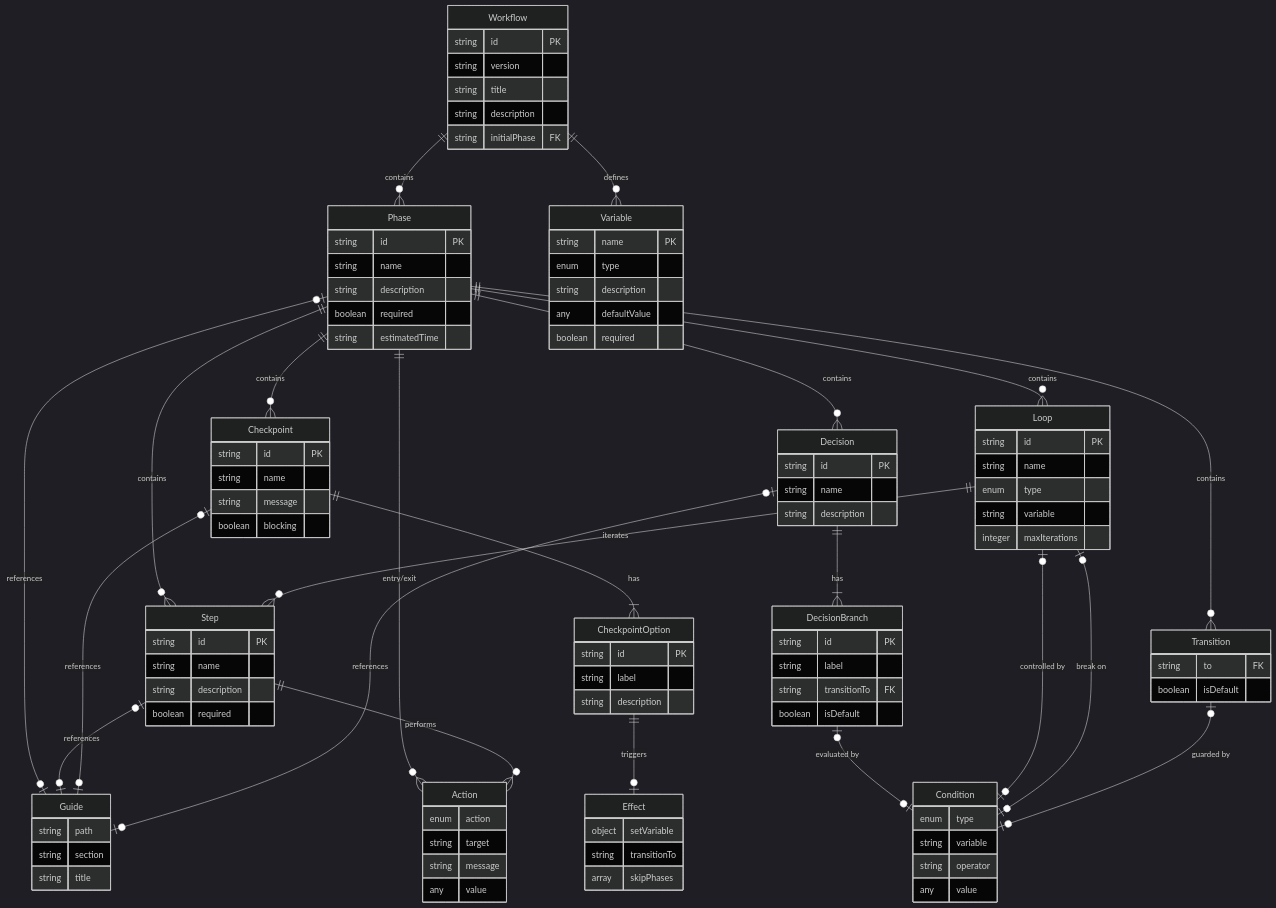
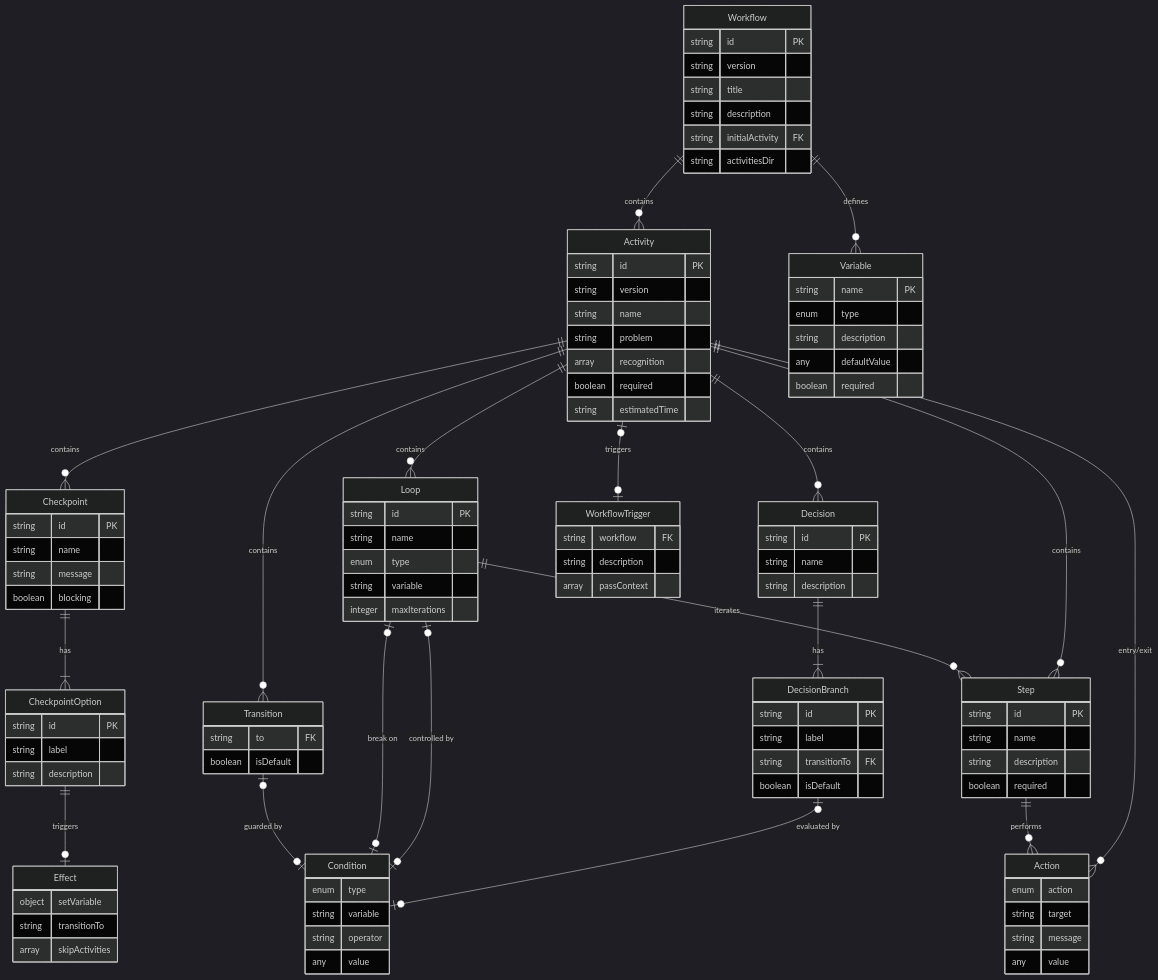
Before and after one commit to m2ux/workflow-server: the third of 3 diagrams in schemas/README.md, drawn with Mermaid (dark theme). The commit also changed other lines of this file and 8 other files, not shown here.

First line of the commit message:
docs: update documentation and schemas for activity terminology

````diff
--- a/schemas/README.md
+++ b/schemas/README.md
@@ -104,24 +110,21 @@
 ```mermaid
 erDiagram
-    Workflow ||--o{ Phase : contains
+    Workflow ||--o{ Activity : contains
     Workflow ||--o{ Variable : defines
     
-    Phase ||--o{ Step : contains
-    Phase ||--o{ Checkpoint : contains
-    Phase ||--o{ Decision : contains
-    Phase ||--o{ Loop : contains
-    Phase ||--o{ Transition : contains
-    Phase |o--o| Guide : references
-    Phase ||--o{ Action : "entry/exit"
+    Activity ||--o{ Step : contains
+    Activity ||--o{ Checkpoint : contains
+    Activity ||--o{ Decision : contains
+    Activity ||--o{ Loop : contains
+    Activity ||--o{ Transition : contains
+    Activity |o--o| WorkflowTrigger : triggers
+    Activity ||--o{ Action : "entry/exit"
     
-    Step |o--o| Guide : references
     Step ||--o{ Action : performs
     
-    Checkpoint |o--o| Guide : references
     Checkpoint ||--|{ CheckpointOption : has
     CheckpointOption ||--o| Effect : triggers
     
-    Decision |o--o| Guide : references
     Decision ||--|{ DecisionBranch : has
     DecisionBranch |o--o| Condition : "evaluated by"
     
@@ -136,13 +139,16 @@
         string version
         string title
         string description
-        string initialPhase FK
+        string initialActivity FK
+        string activitiesDir
     }
     
-    Phase {
+    Activity {
         string id PK
+        string version
         string name
-        string description
+        string problem
+        array recognition
         boolean required
         string estimatedTime
     }
@@ -201,10 +207,10 @@
         boolean required
     }
     
-    Guide {
-        string path
-        string section
-        string title
+    WorkflowTrigger {
+        string workflow FK
+        string description
+        array passContext
     }
     
     Action {
@@ -224,6 +230,6 @@
     Effect {
         object setVariable
         string transitionTo
-        array skipPhases
+        array skipActivities
     }
 ```
````
